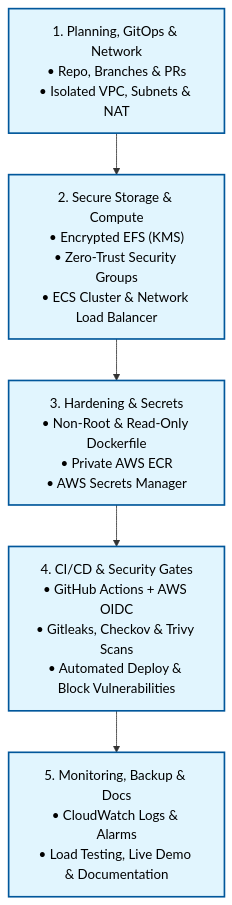
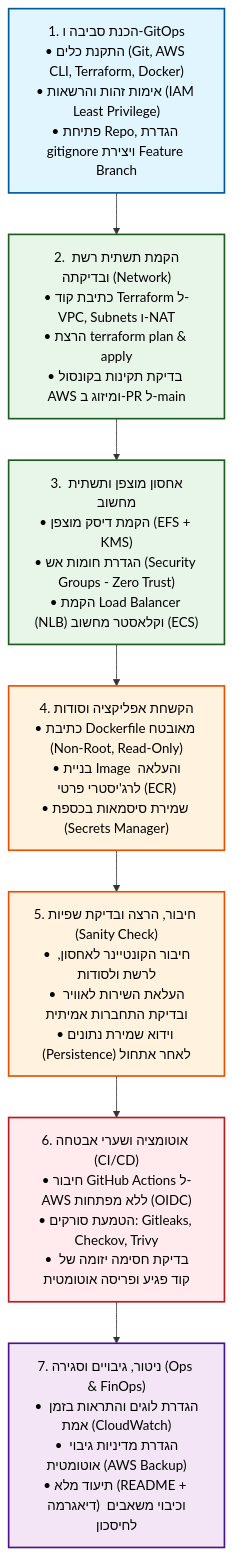
The diagram in Project Lifecycle.md (dansfog/Final_Project), drawn with Mermaid before and after one commit.

Commit message:
Update Project Lifecycle diagram with new steps

````diff
--- a/Project Lifecycle.md
+++ b/Project Lifecycle.md
@@ -1,12 +1,25 @@
 ```mermaid
 flowchart TD
-    classDef step fill:#e1f5fe,stroke:#01579b,stroke-width:2px,color:#000
+    classDef setup fill:#e1f5fe,stroke:#01579b,stroke-width:2px,color:#000
+    classDef infra fill:#e8f5e9,stroke:#1b5e20,stroke-width:2px,color:#000
+    classDef app fill:#fff3e0,stroke:#e65100,stroke-width:2px,color:#000
+    classDef sec fill:#ffebee,stroke:#b71c1c,stroke-width:2px,color:#000
+    classDef ops fill:#f3e5f5,stroke:#4a148c,stroke-width:2px,color:#000
 
-    S1["1. Planning, GitOps & Network<br/>• Repo, Branches & PRs<br/>• Isolated VPC, Subnets & NAT"]:::step
-    S2["2. Secure Storage & Compute<br/>• Encrypted EFS (KMS)<br/>• Zero-Trust Security Groups<br/>• ECS Cluster & Network Load Balancer"]:::step
-    S3["3. Hardening & Secrets<br/>• Non-Root & Read-Only Dockerfile<br/>• Private AWS ECR<br/>• AWS Secrets Manager"]:::step
-    S4["4. CI/CD & Security Gates<br/>• GitHub Actions + AWS OIDC<br/>• Gitleaks, Checkov & Trivy Scans<br/>• Automated Deploy & Block Vulnerabilities"]:::step
-    S5["5. Monitoring, Backup & Docs<br/>• CloudWatch Logs & Alarms<br/>• Load Testing, Live Demo & Documentation"]:::step
+    P1["1. הכנת סביבה ו-GitOps<br/>• התקנת כלים (Git, AWS CLI, Terraform, Docker)<br/>• אימות זהות והרשאות (IAM Least Privilege)<br/>• פתיחת Repo, הגדרת gitignore ויצירת Feature Branch"]:::setup
 
-    S1 --> S2 --> S3 --> S4 --> S5
+    P2["2. הקמת תשתית רשת ובדיקתה (Network)<br/>• כתיבת קוד Terraform ל-VPC, Subnets ו-NAT<br/>• הרצת terraform plan & apply<br/>• בדיקת תקינות בקונסול AWS ומיזוג ב-PR ל-main"]:::infra
+
+    P3["3. אחסון מוצפן ותשתית מחשוב<br/>• הקמת דיסק מוצפן (EFS + KMS)<br/>• הגדרת חומות אש (Security Groups - Zero Trust)<br/>• הקמת Load Balancer (NLB) וקלאסטר מחשוב (ECS)"]:::infra
+
+    P4["4. הקשחת אפליקציה וסודות<br/>• כתיבת Dockerfile מאובטח (Non-Root, Read-Only)<br/>• בניית Image והעלאה לרג'יסטרי פרטי (ECR)<br/>• שמירת סיסמאות בכספת (Secrets Manager)"]:::app
+
+    P5["5. חיבור, הרצה ובדיקת שפיות (Sanity Check)<br/>• חיבור הקונטיינר לאחסון, לרשת ולסודות<br/>• העלאת השירות לאוויר ובדיקת התחברות אמיתית<br/>• וידוא שמירת נתונים (Persistence) לאחר אתחול"]:::app
+
+    P6["6. אוטומציה ושערי אבטחה (CI/CD)<br/>• חיבור GitHub Actions ל-AWS ללא מפתחות (OIDC)<br/>• הטמעת סורקים: Gitleaks, Checkov, Trivy<br/>• בדיקת חסימה יזומה של קוד פגיע ופריסה אוטומטית"]:::sec
+
+    P7["7. ניטור, גיבויים וסגירה (Ops & FinOps)<br/>• הגדרת לוגים והתראות בזמן אמת (CloudWatch)<br/>• הגדרת מדיניות גיבוי אוטומטית (AWS Backup)<br/>• תיעוד מלא (README + דיאגרמה) וכיבוי משאבים לחיסכון"]:::ops
+
+    P1 --> P2 --> P3 --> P4 --> P5 --> P6 --> P7
+
 ```
````
